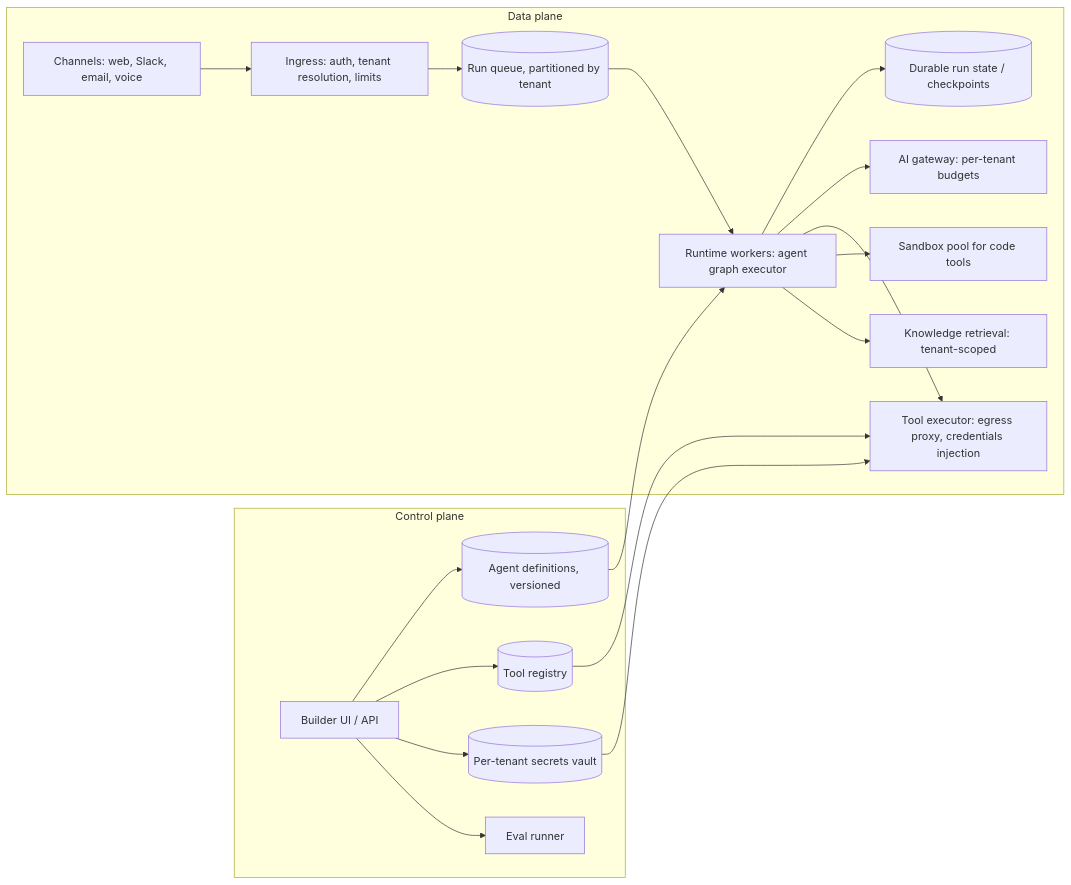
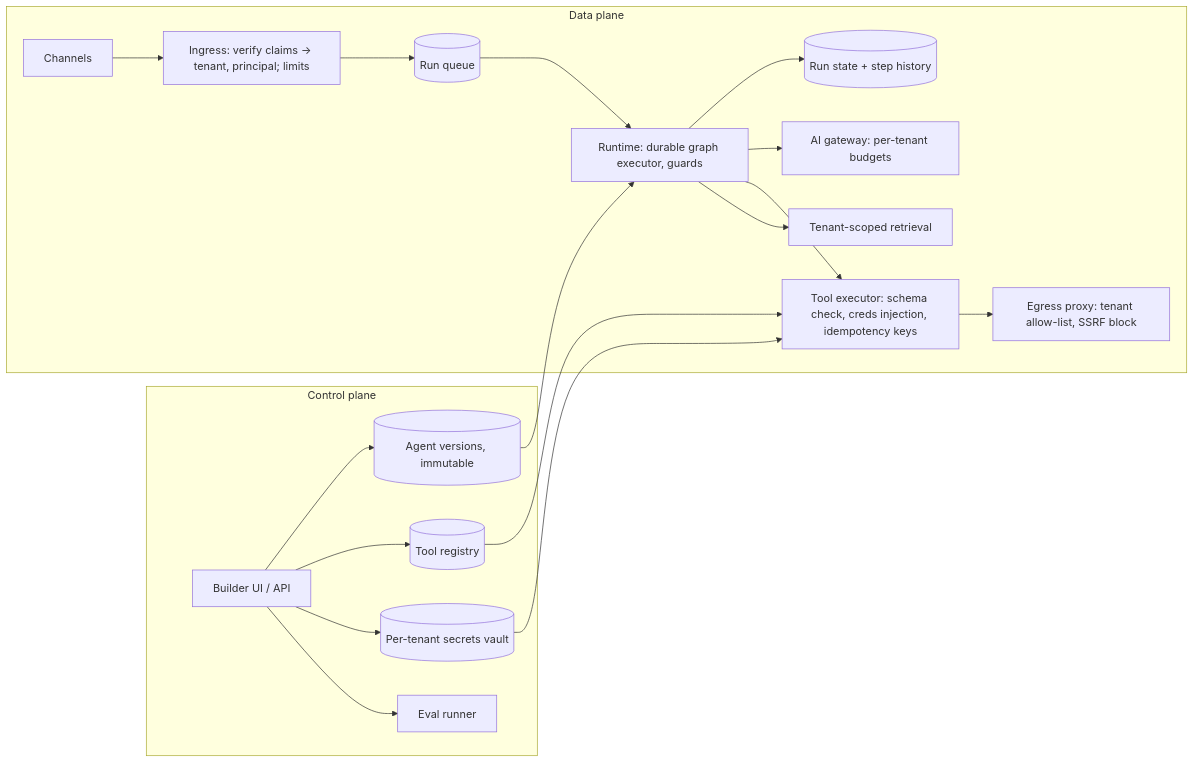
One commit to zekkrron/cs-knowledge-base changed the first of 5 diagrams in Agentic/Problems/12 - Multi-Tenant Agent Platform.md. Above: the diagram before and after it, drawn with Mermaid. The commit also changed other lines of this file and 46 other files, not shown here.

````diff
--- a/Agentic/Problems/12 - Multi-Tenant Agent Platform.md
+++ b/Agentic/Problems/12 - Multi-Tenant Agent Platform.md
@@ -39,22 +105,22 @@
 ```mermaid
 flowchart LR
     subgraph Control plane
-      UI[Builder UI / API] --> DEF[(Agent definitions, versioned)]
+      UI[Builder UI / API] --> DEF[(Agent versions, immutable)]
       UI --> TR[(Tool registry)]
       UI --> VAULT[(Per-tenant secrets vault)]
       UI --> EV[Eval runner]
     end
     subgraph Data plane
-      CH[Channels: web, Slack, email, voice] --> ING[Ingress: auth, tenant resolution, limits]
-      ING --> RQ[(Run queue, partitioned by tenant)]
-      RQ --> RT[Runtime workers: agent graph executor]
-      RT --> ST[(Durable run state / checkpoints)]
+      CH[Channels] --> ING[Ingress: verify claims → tenant, principal; limits]
+      ING --> RQ[(Run queue)]
+      RQ --> RT[Runtime: durable graph executor, guards]
+      RT --> ST[(Run state + step history)]
       RT --> GW[AI gateway: per-tenant budgets]
-      RT --> TX[Tool executor: egress proxy, credentials injection]
-      RT --> SB[Sandbox pool for code tools]
-      RT --> KB[Knowledge retrieval: tenant-scoped]
+      RT --> TX[Tool executor: schema check, creds injection, idempotency keys]
+      TX --> EG[Egress proxy: tenant allow-list, SSRF block]
+      RT --> KB[Tenant-scoped retrieval]
     end
     DEF --> RT
     TR --> TX
     VAULT --> TX
 ```
````
